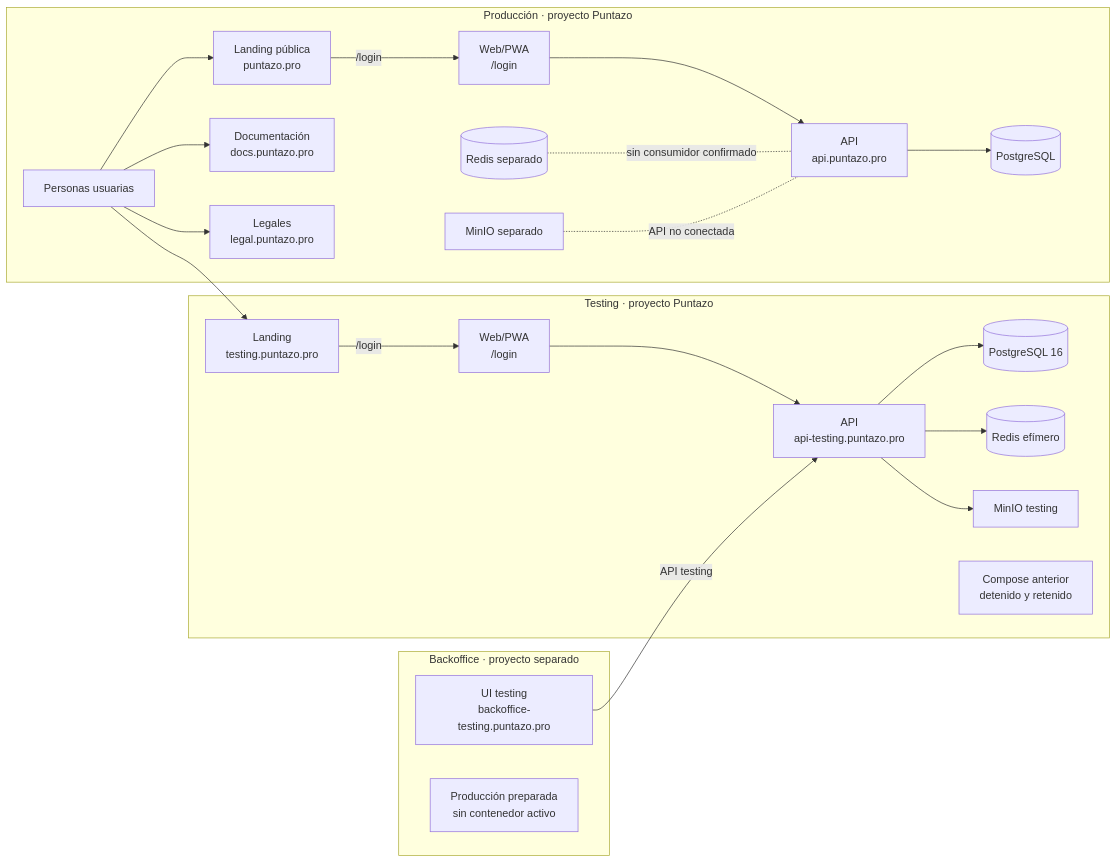
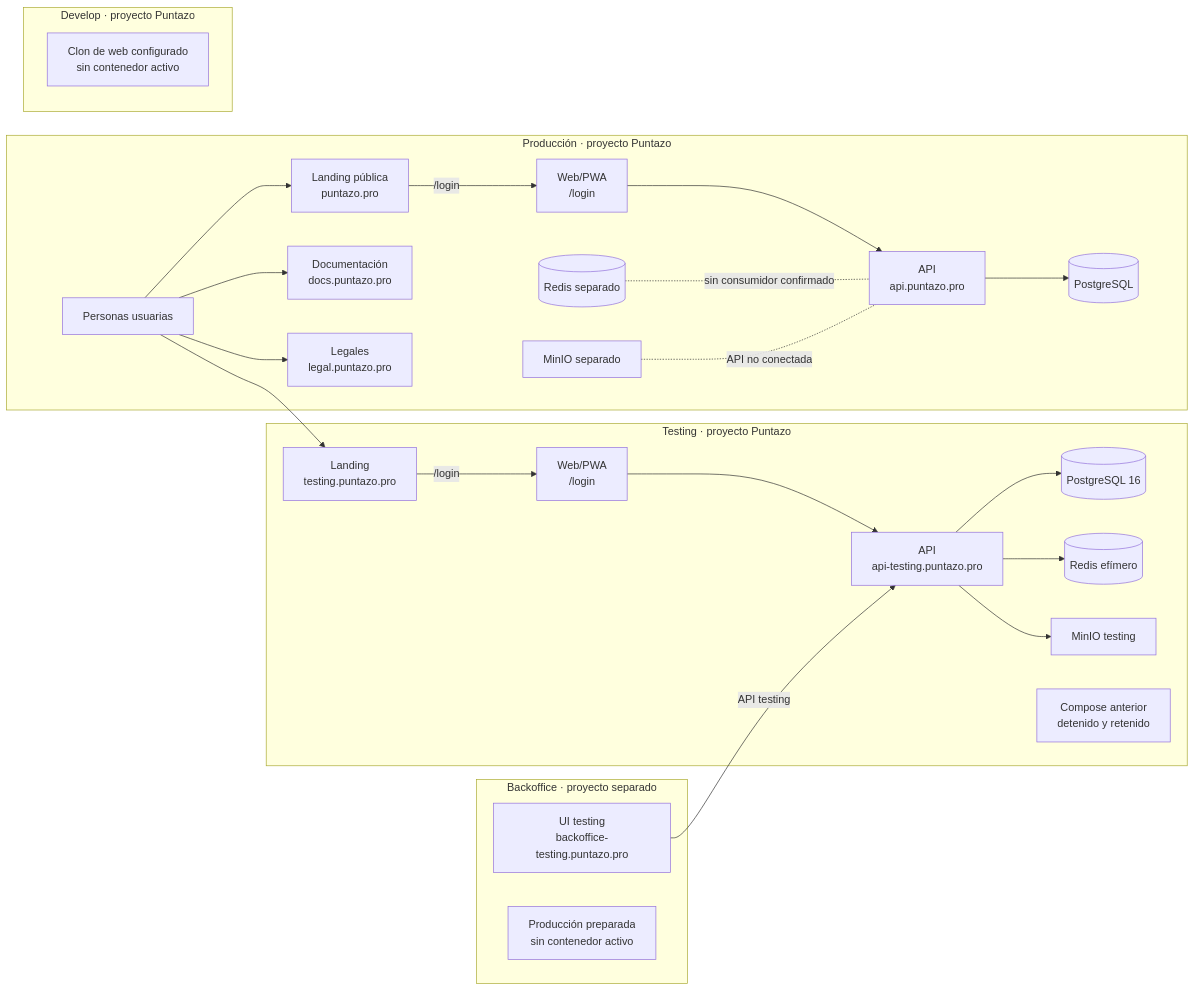
Before and after one commit to gagonzalez1/puntazo-docs: the diagram in docs/architecture/05-coolify-deployment-topology.md, drawn with Mermaid. The commit also changed other lines of this file and 31 other files, not shown here.

````diff
--- a/docs/architecture/05-coolify-deployment-topology.md
+++ b/docs/architecture/05-coolify-deployment-topology.md
@@ -27,45 +27,49 @@
 ```mermaid
 flowchart LR
     CLIENT[Personas usuarias]
 
     subgraph PROD[Producción · proyecto Puntazo]
       PL[Landing pública<br/>puntazo.pro]
       PW[Web/PWA<br/>/login]
       PA[API<br/>api.puntazo.pro]
       PDB[(PostgreSQL)]
       PR[(Redis separado)]
       PM[MinIO separado]
       DOCS[Documentación<br/>docs.puntazo.pro]
       LEGAL[Legales<br/>legal.puntazo.pro]
       CLIENT --> PL
       PL -->|/login| PW
       PW --> PA
       PA --> PDB
       PR -. sin consumidor confirmado .- PA
       PM -. API no conectada .- PA
       CLIENT --> DOCS
       CLIENT --> LEGAL
     end
 
     subgraph TEST[Testing · proyecto Puntazo]
       TL[Landing<br/>testing.puntazo.pro]
       TW[Web/PWA<br/>/login]
       TA[API<br/>api-testing.puntazo.pro]
       TDB[(PostgreSQL 16)]
       TR[(Redis efímero)]
       TM[MinIO testing]
       LEGACY[Compose anterior<br/>detenido y retenido]
       CLIENT --> TL
       TL -->|/login| TW
       TW --> TA
       TA --> TDB
       TA --> TR
       TA --> TM
     end
 
+    subgraph DEV[Develop · proyecto Puntazo]
+      DW[Clon de web configurado<br/>sin contenedor activo]
+    end
+
     subgraph BO[Backoffice · proyecto separado]
       BUT[UI testing<br/>backoffice-testing.puntazo.pro]
       BUP[Producción preparada<br/>sin contenedor activo]
       BUT -->|API testing| TA
     end
 ```
````
